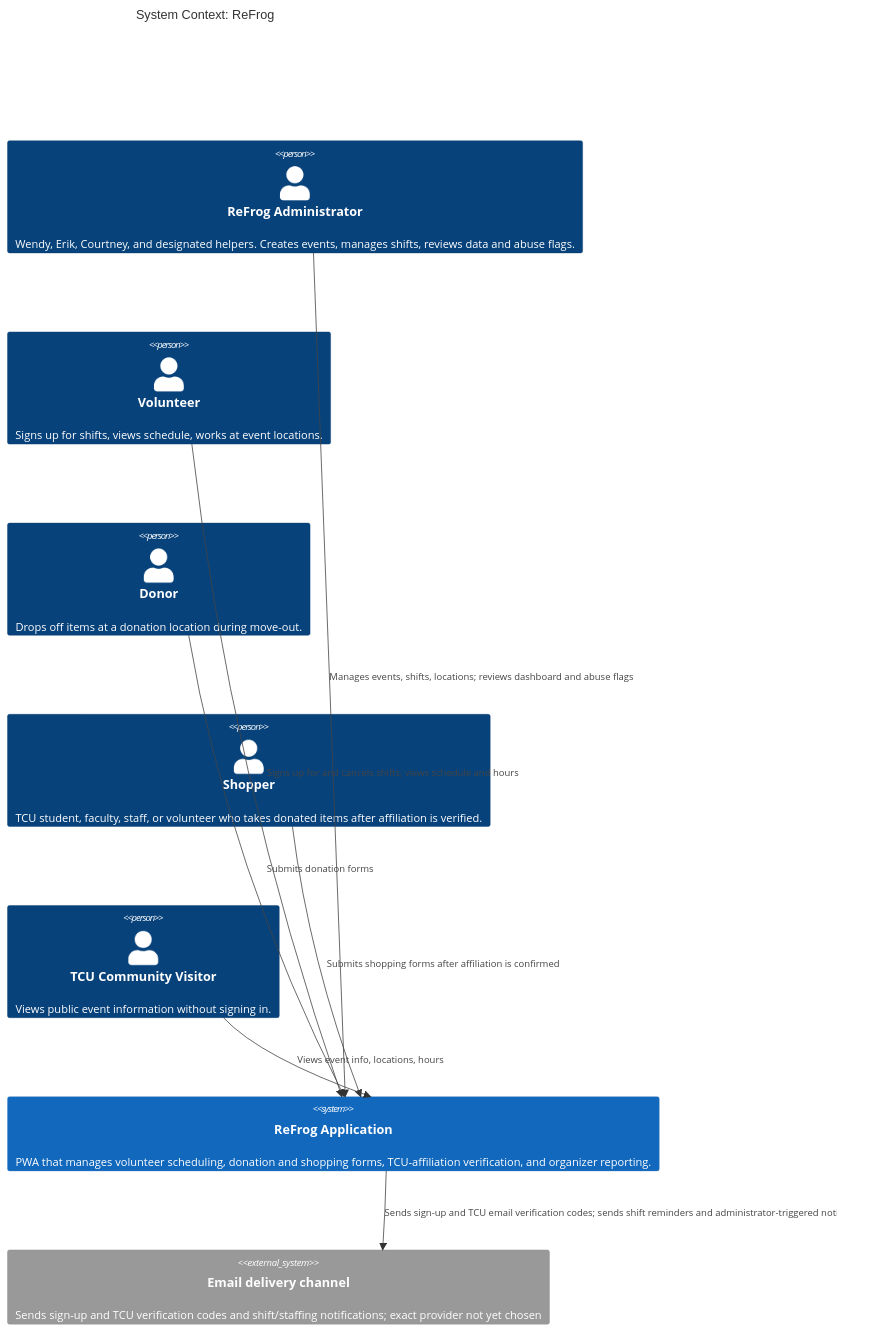
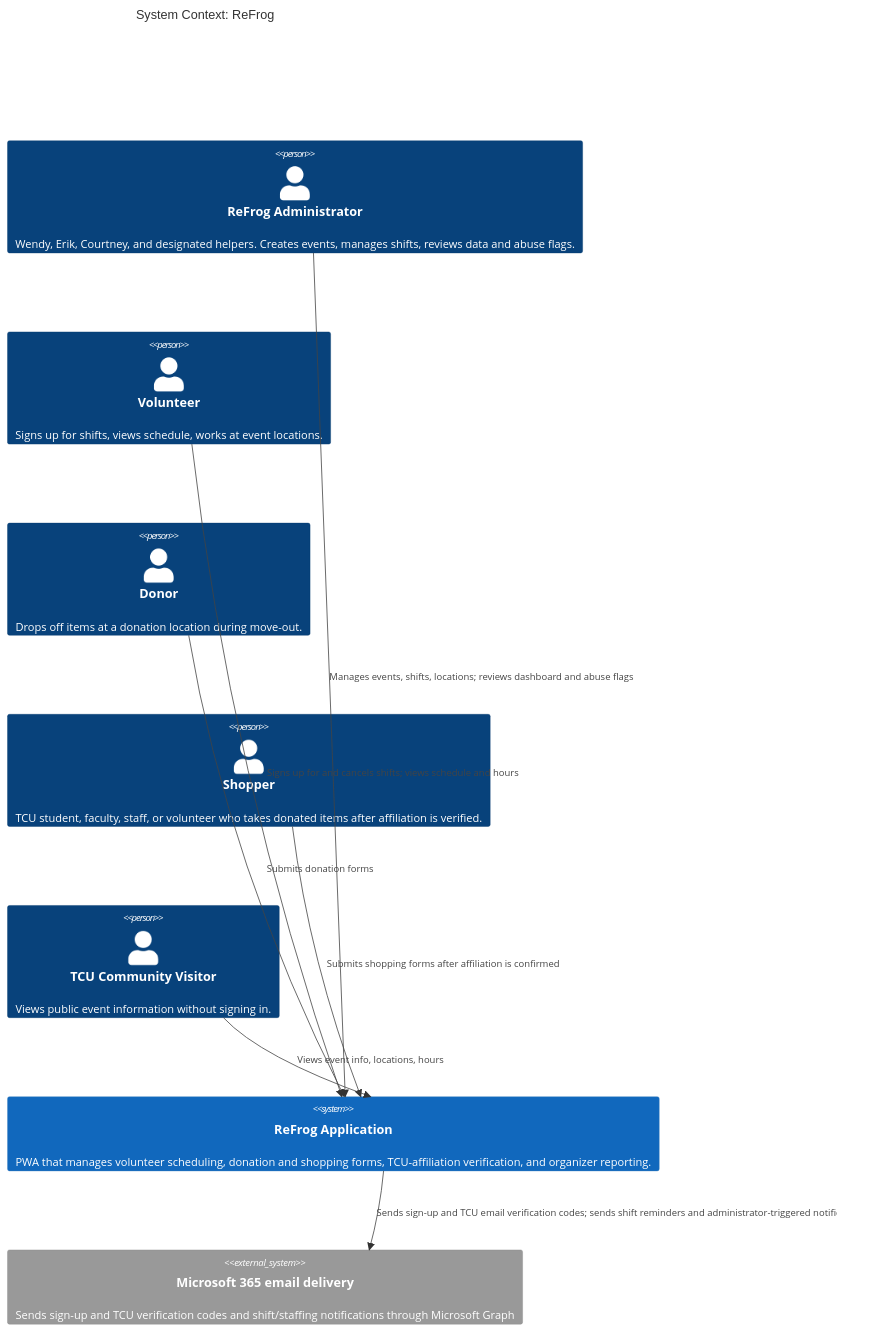
One commit to evelyntrann/cosc-40943-team-3-refrog changed the first of 3 diagrams in docs/design/architectural-design.md. Above: the diagram before and after it, drawn with Mermaid. The commit also changed other lines of this file and 6 other files, not shown here.

First line of the commit message:
build: send registration email through Microsoft 365

````diff
--- a/docs/design/architectural-design.md
+++ b/docs/design/architectural-design.md
@@ -113,21 +113,21 @@
 ```mermaid
 C4Context
     title System Context: ReFrog
 
     Person(admin, "ReFrog Administrator", "Wendy, Erik, Courtney, and designated helpers. Creates events, manages shifts, reviews data and abuse flags.")
     Person(volunteer, "Volunteer", "Signs up for shifts, views schedule, works at event locations.")
     Person(donor, "Donor", "Drops off items at a donation location during move-out.")
     Person(shopper, "Shopper", "TCU student, faculty, staff, or volunteer who takes donated items after affiliation is verified.")
     Person(visitor, "TCU Community Visitor", "Views public event information without signing in.")
 
     System(refrog, "ReFrog Application", "PWA that manages volunteer scheduling, donation and shopping forms, TCU-affiliation verification, and organizer reporting.")
 
-    System_Ext(notification, "Email delivery channel", "Sends sign-up and TCU verification codes and shift/staffing notifications; exact provider not yet chosen")
+    System_Ext(notification, "Microsoft 365 email delivery", "Sends sign-up and TCU verification codes and shift/staffing notifications through Microsoft Graph")
 
     Rel(admin, refrog, "Manages events, shifts, locations; reviews dashboard and abuse flags")
     Rel(volunteer, refrog, "Signs up for and cancels shifts; views schedule and hours")
     Rel(donor, refrog, "Submits donation forms")
     Rel(shopper, refrog, "Submits shopping forms after affiliation is confirmed")
     Rel(visitor, refrog, "Views event info, locations, hours")
     Rel(refrog, notification, "Sends sign-up and TCU email verification codes; sends shift reminders and administrator-triggered notifications")
 ```
````
